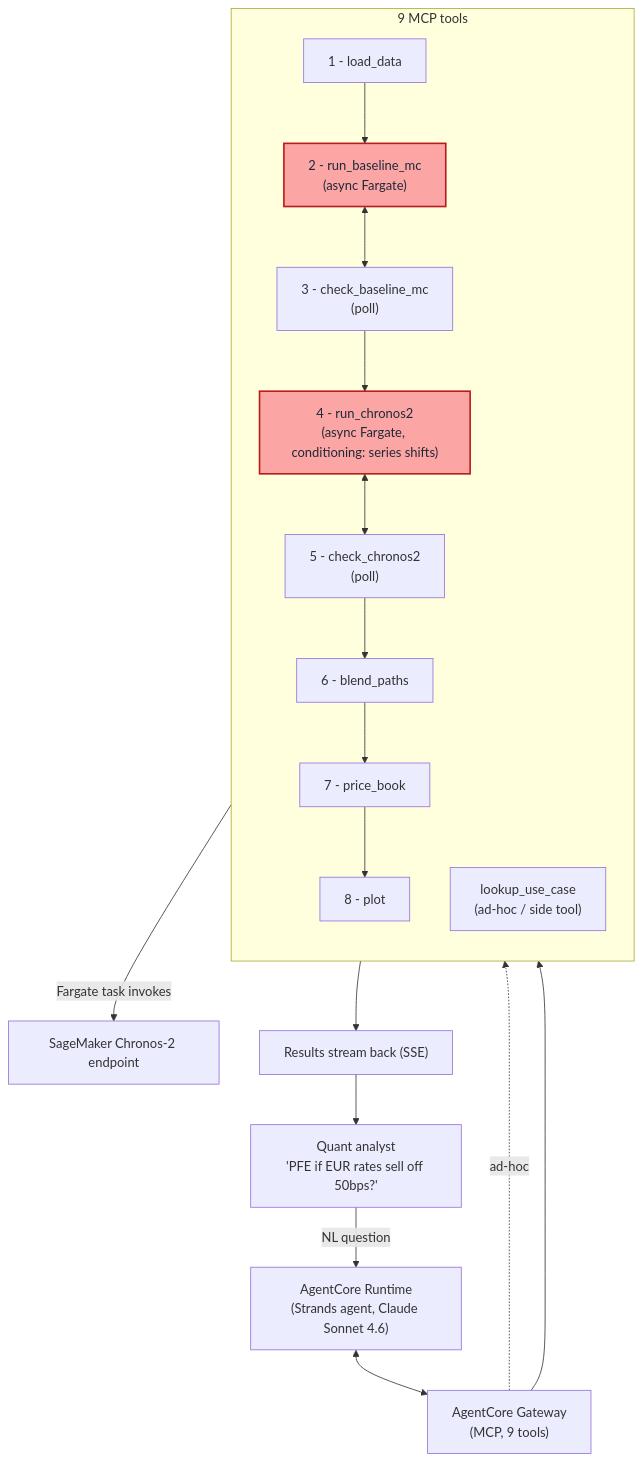
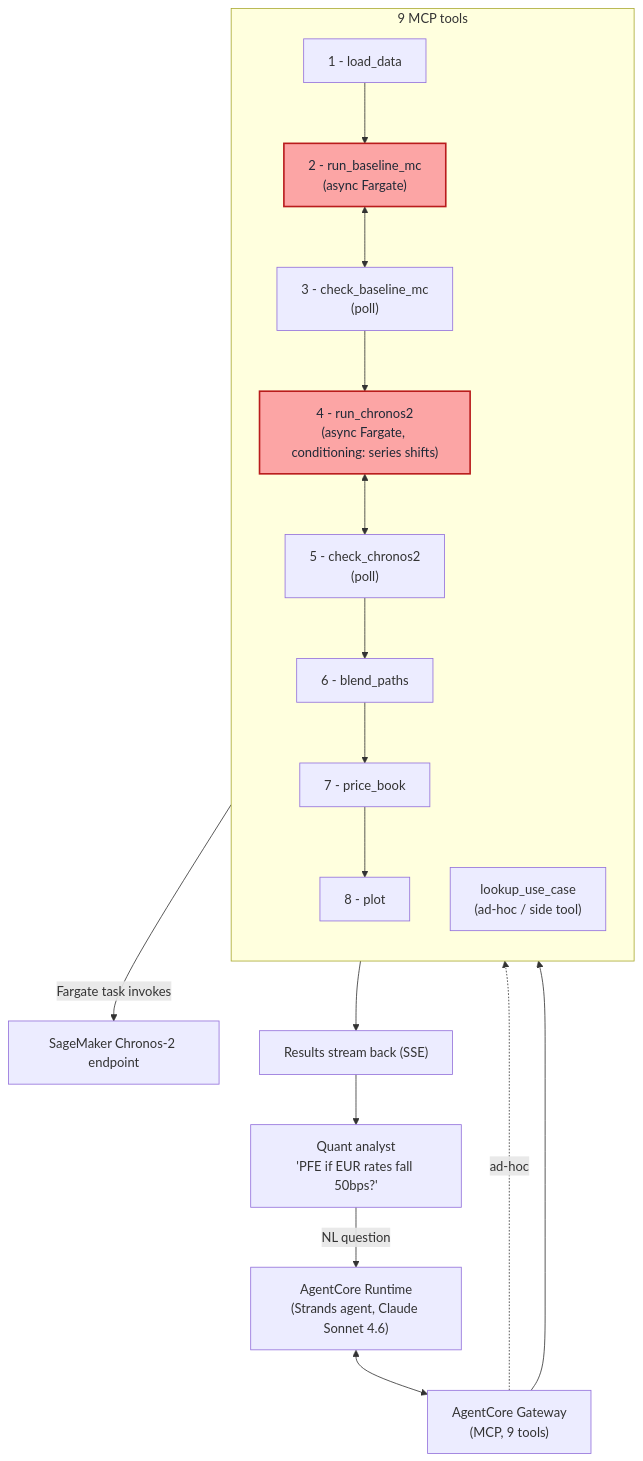
One commit to numerix-aws/chronos-2-demo changed the second of 2 diagrams in docs/demo/app-flow.md. Above: the diagram before and after it, drawn with Mermaid. The commit also changed 14 other files, not shown here.

Commit message:
demo: add tool trace and presenter flow

````diff
--- a/docs/demo/app-flow.md
+++ b/docs/demo/app-flow.md
@@ -67,43 +67,43 @@
 ```mermaid
 flowchart TD
-    ANALYST["Quant analyst<br/>'PFE if EUR rates sell off 50bps?'"]
+    ANALYST["Quant analyst<br/>'PFE if EUR rates fall 50bps?'"]
     RUNTIME["AgentCore Runtime<br/>(Strands agent, Claude Sonnet 4.6)"]
     GATEWAY["AgentCore Gateway<br/>(MCP, 9 tools)"]
 
     ANALYST -->|NL question| RUNTIME
     RUNTIME <--> GATEWAY
 
     subgraph TOOLS["9 MCP tools"]
         direction TB
         T1["1 - load_data"]
         T2["2 - run_baseline_mc<br/>(async Fargate)"]
         T2C["3 - check_baseline_mc<br/>(poll)"]
         T3["4 - run_chronos2<br/>(async Fargate, conditioning: series shifts)"]
         T3C["5 - check_chronos2<br/>(poll)"]
         T4["6 - blend_paths"]
         T5["7 - price_book"]
         T6["8 - plot"]
         T7["lookup_use_case<br/>(ad-hoc / side tool)"]
 
         T1 --> T2
         T2 <--> T2C
         T2C --> T3
         T3 <--> T3C
         T3C --> T4
         T4 --> T5
         T5 --> T6
     end
 
     GATEWAY --> TOOLS
     GATEWAY -. ad-hoc .-> T7
 
     SAGEMAKER["SageMaker Chronos-2 endpoint"]
     T3 -->|Fargate task invokes| SAGEMAKER
 
     RESULTS["Results stream back (SSE)"]
     T6 --> RESULTS
     RESULTS --> ANALYST
 
     classDef asyncFargate fill:#fca5a5,stroke:#b91c1c,stroke-width:2px,color:#1f2937;
     class T2,T3 asyncFargate;
 ```
````
